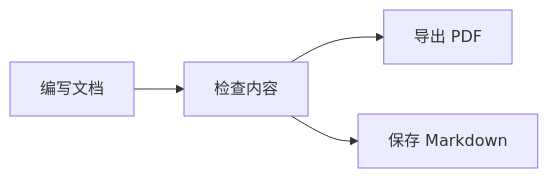
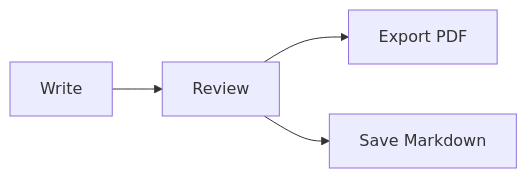
One commit to jstzwj/muffin-website changed the diagram in public/muffin-notes.md. Above: the diagram before and after it, drawn with Mermaid. The commit also changed other lines of this file and 27 other files, not shown here.

````diff
--- a/public/muffin-notes.md
+++ b/public/muffin-notes.md
@@ -29,6 +29,6 @@
 ```mermaid
 flowchart LR
-    A[编写文档] --> B[检查内容]
-    B --> C[导出 PDF]
-    B --> D[保存 Markdown]
+    A[Write] --> B[Review]
+    B --> C[Export PDF]
+    B --> D[Save Markdown]
 ```
````
